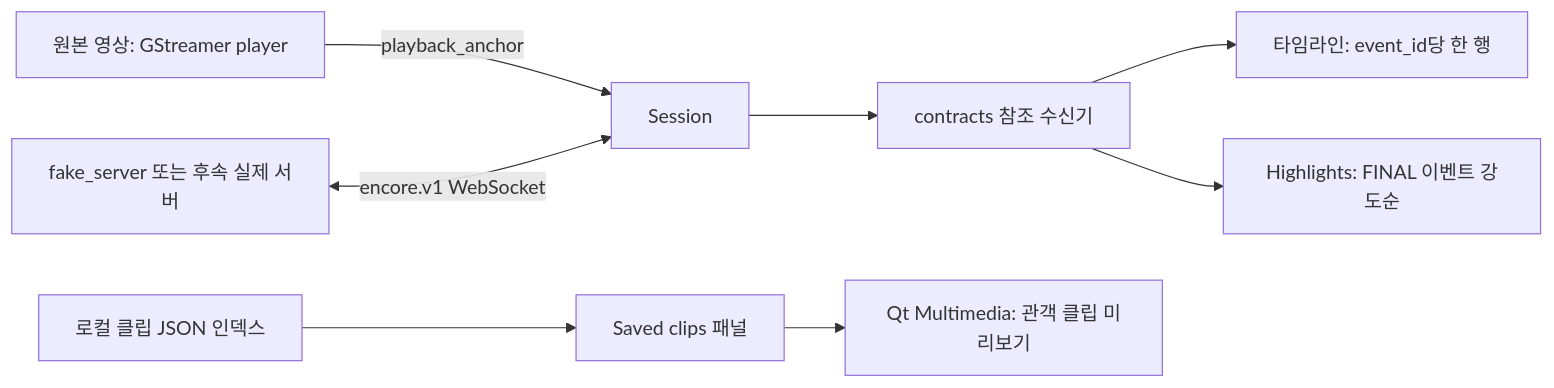
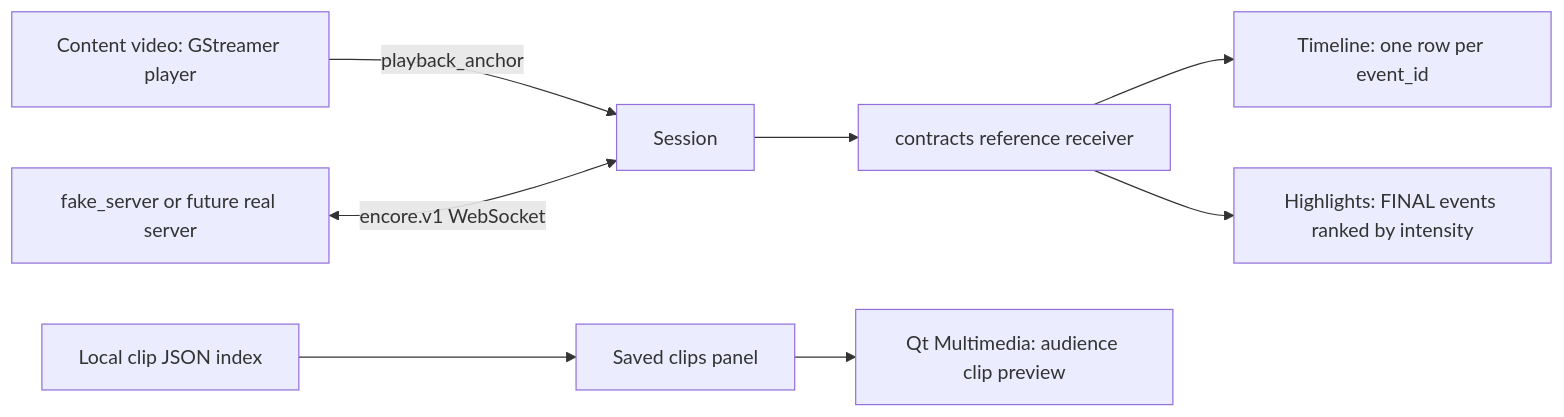
Before and after one commit to SWE-encore/encoremoment: the diagram in docs/architecture.md, drawn with Mermaid. The commit also changed other lines of this file and 4 other files, not shown here.

````diff
--- a/docs/architecture.md
+++ b/docs/architecture.md
@@ -12,10 +12,10 @@
 ```mermaid
 flowchart LR
-    P[원본 영상: GStreamer player] -->|playback_anchor| S[Session]
-    F[fake_server 또는 후속 실제 서버] <-->|encore.v1 WebSocket| S
-    S --> R[contracts 참조 수신기]
-    R --> T[타임라인: event_id당 한 행]
-    R --> H[Highlights: FINAL 이벤트 강도순]
-    I[로컬 클립 JSON 인덱스] --> C[Saved clips 패널]
-    C --> Q[Qt Multimedia: 관객 클립 미리보기]
+    P[Content video: GStreamer player] -->|playback_anchor| S[Session]
+    F[fake_server or future real server] <-->|encore.v1 WebSocket| S
+    S --> R[contracts reference receiver]
+    R --> T[Timeline: one row per event_id]
+    R --> H[Highlights: FINAL events ranked by intensity]
+    I[Local clip JSON index] --> C[Saved clips panel]
+    C --> Q[Qt Multimedia: audience clip preview]
 ```
````
